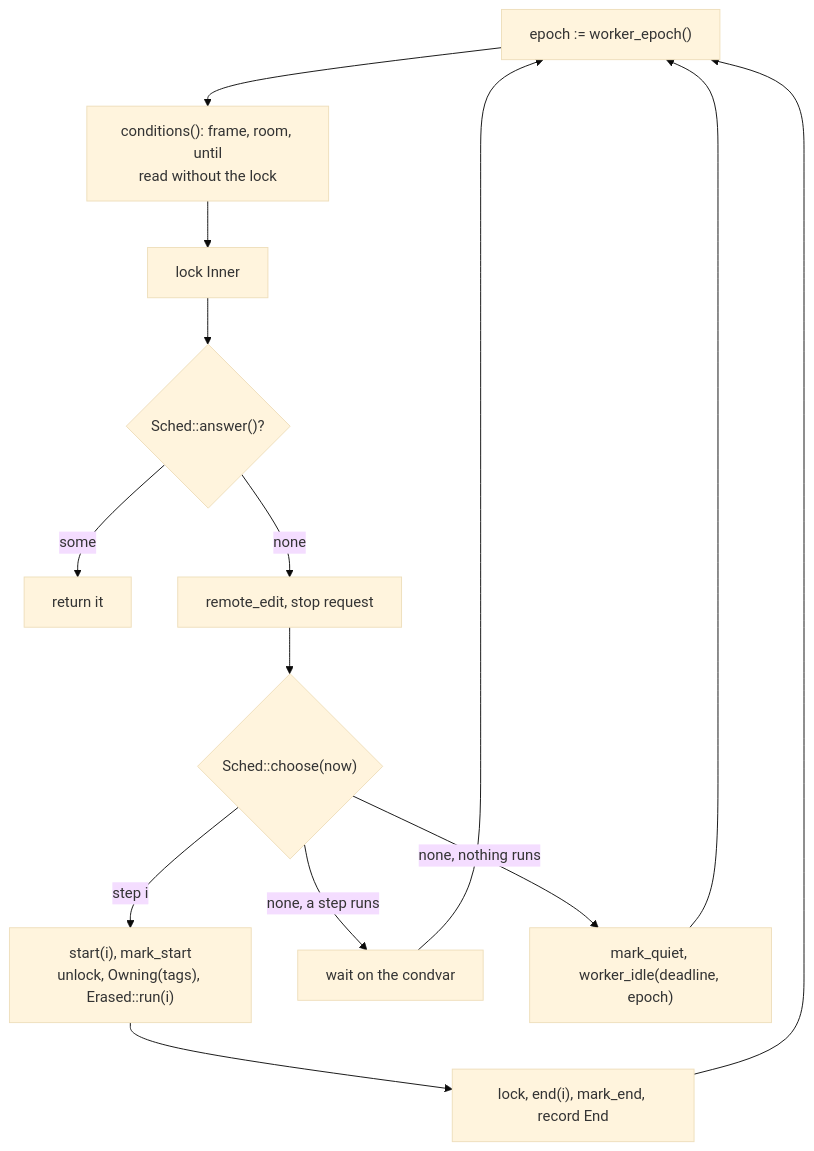
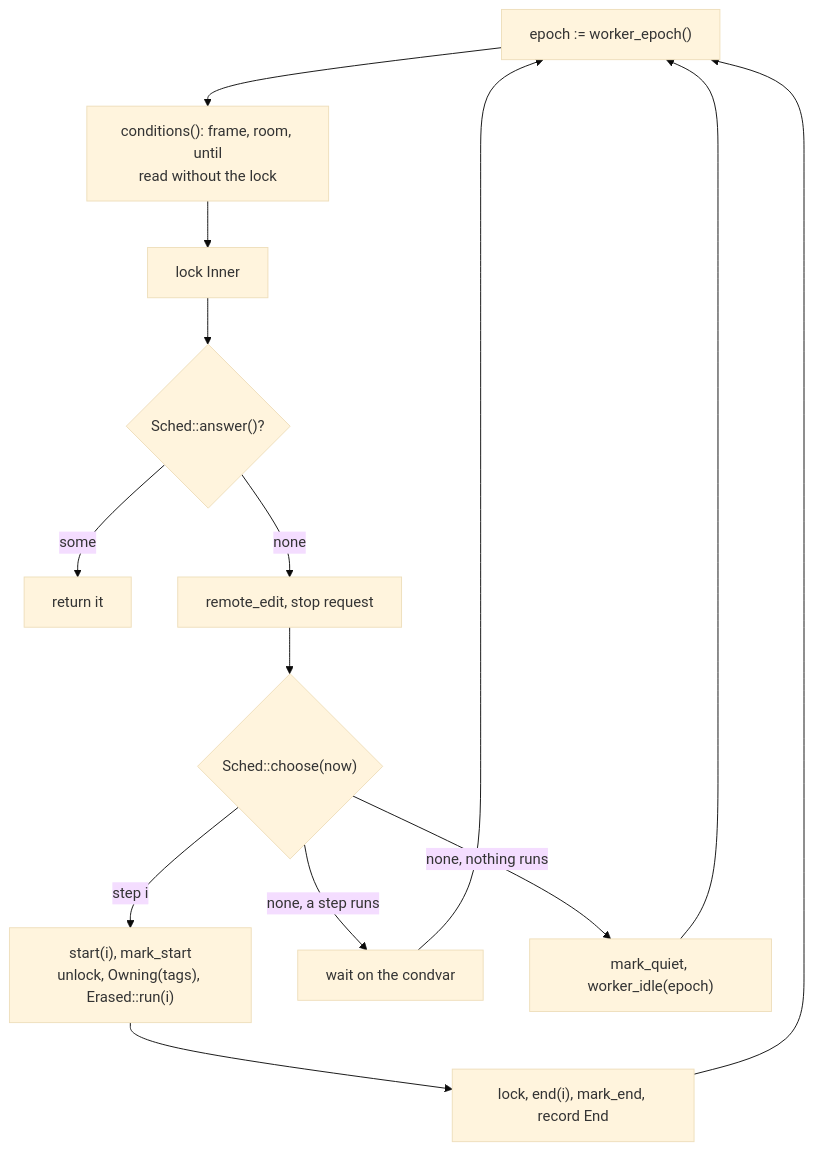
Before and after one commit to PKD667/trame: the second of 2 diagrams in docs/workers-and-steps.md, drawn with Mermaid (base theme). The commit also changed 77 other files, not shown here.

````diff
--- a/docs/workers-and-steps.md
+++ b/docs/workers-and-steps.md
@@ -67,16 +67,16 @@
 ```mermaid
 flowchart TD
   e["epoch := worker_epoch()"] --> c["conditions(): frame, room, until<br/>read without the lock"]
   c --> l["lock Inner"]
   l --> a{"Sched::answer()?"}
   a -- some --> r["return it"]
   a -- none --> re["remote_edit, stop request"]
   re --> ch{"Sched::choose(now)"}
   ch -- "step i" --> s["start(i), mark_start<br/>unlock, Owning(tags), Erased::run(i)"]
   s --> en["lock, end(i), mark_end, record End"]
   en --> e
   ch -- "none, a step runs" --> wc["wait on the condvar"]
   wc --> e
-  ch -- "none, nothing runs" --> q["mark_quiet, worker_idle(deadline, epoch)"]
+  ch -- "none, nothing runs" --> q["mark_quiet, worker_idle(epoch)"]
   q --> e
 ```
````
